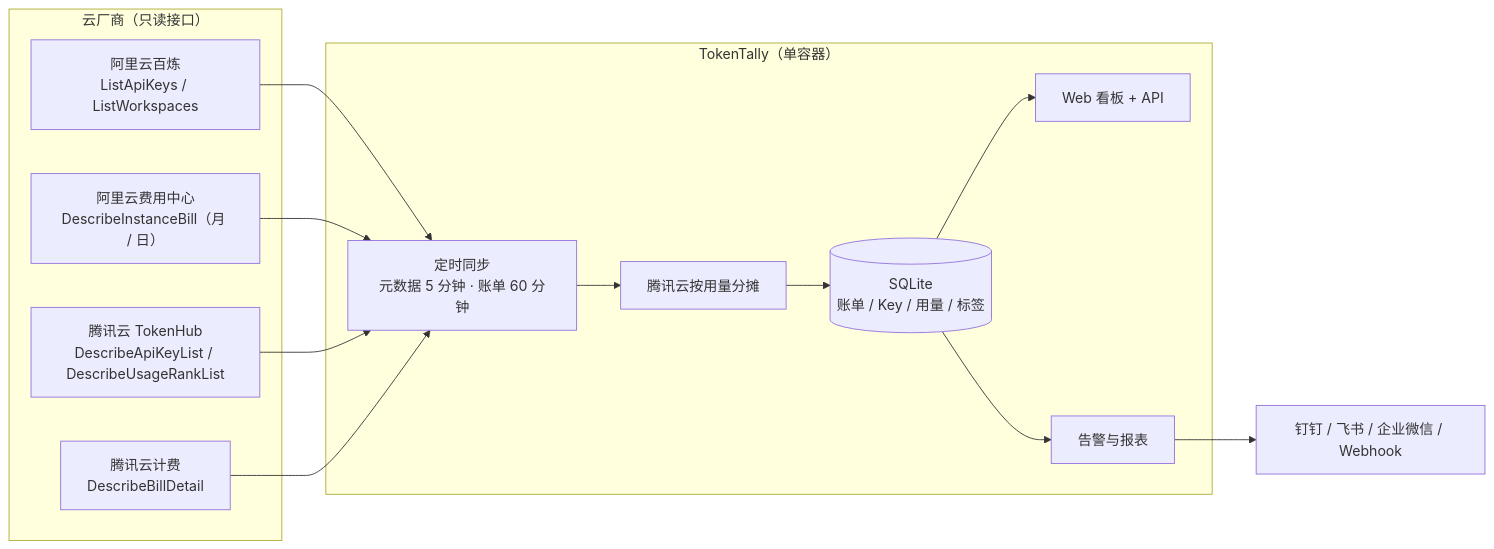
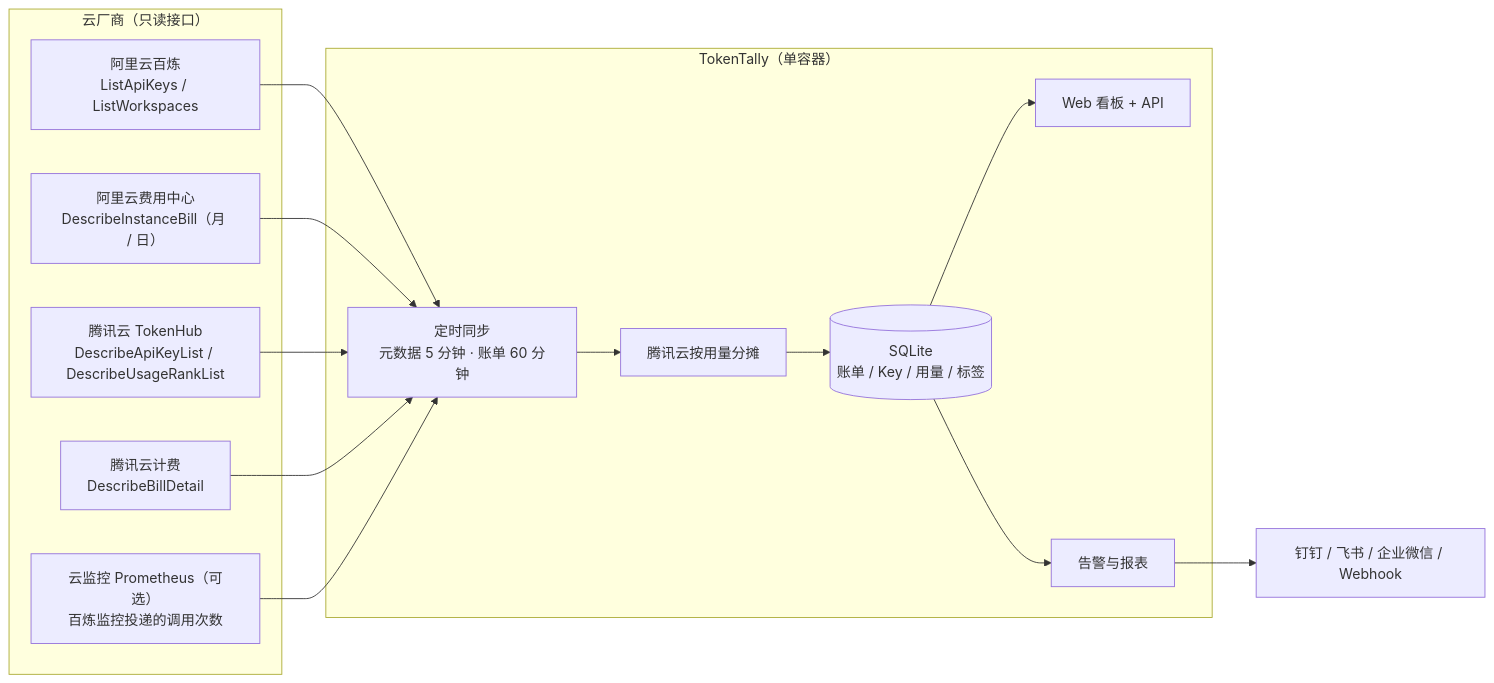
One commit to sreyun/tokentally changed the diagram in README.md. Above: the diagram before and after it, drawn with Mermaid. The commit also changed other lines of this file and 22 other files, not shown here.

````diff
--- a/README.md
+++ b/README.md
@@ -90,18 +90,19 @@
 ```mermaid
 flowchart LR
   subgraph Cloud["云厂商（只读接口）"]
     A1["阿里云百炼<br/>ListApiKeys / ListWorkspaces"]
     A2["阿里云费用中心<br/>DescribeInstanceBill（月 / 日）"]
     T1["腾讯云 TokenHub<br/>DescribeApiKeyList / DescribeUsageRankList"]
     T2["腾讯云计费<br/>DescribeBillDetail"]
+    P1["云监控 Prometheus（可选）<br/>百炼监控投递的调用次数"]
   end
   subgraph App["TokenTally（单容器）"]
     S["定时同步<br/>元数据 5 分钟 · 账单 60 分钟"]
     AL["腾讯云按用量分摊"]
     DB[("SQLite<br/>账单 / Key / 用量 / 标签")]
     W["Web 看板 + API"]
     N["告警与报表"]
   end
-  A1 & A2 & T1 & T2 --> S --> AL --> DB --> W
+  A1 & A2 & T1 & T2 & P1 --> S --> AL --> DB --> W
   DB --> N --> IM["钉钉 / 飞书 / 企业微信 / Webhook"]
 ```
````
